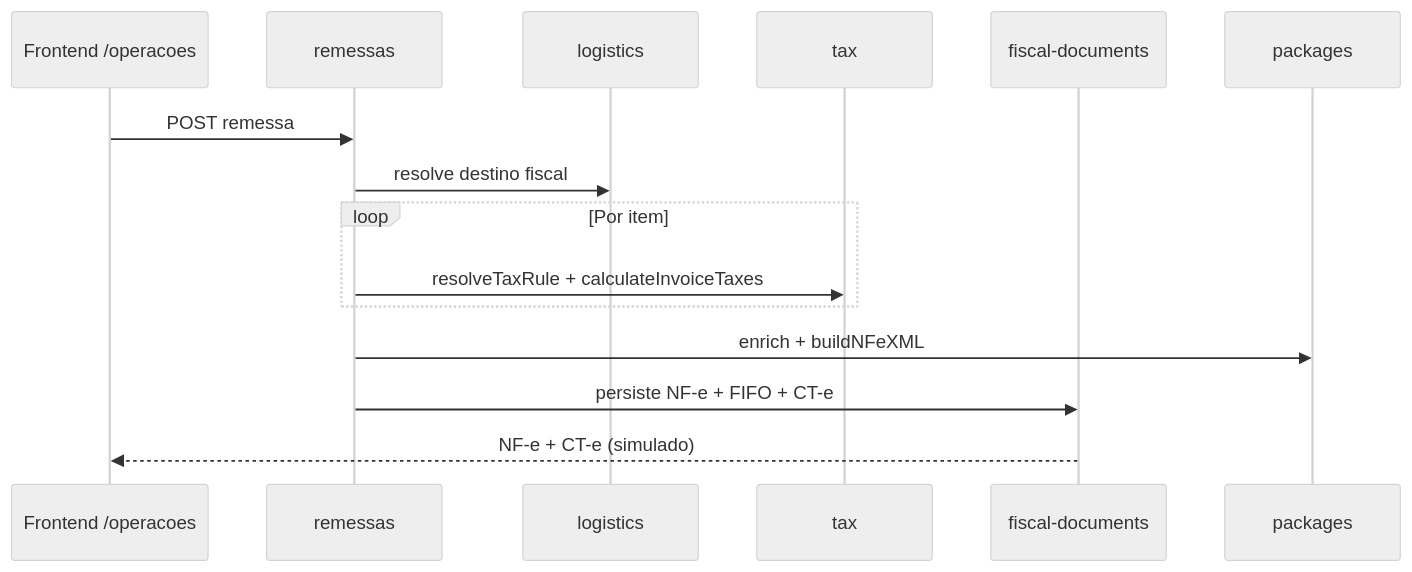
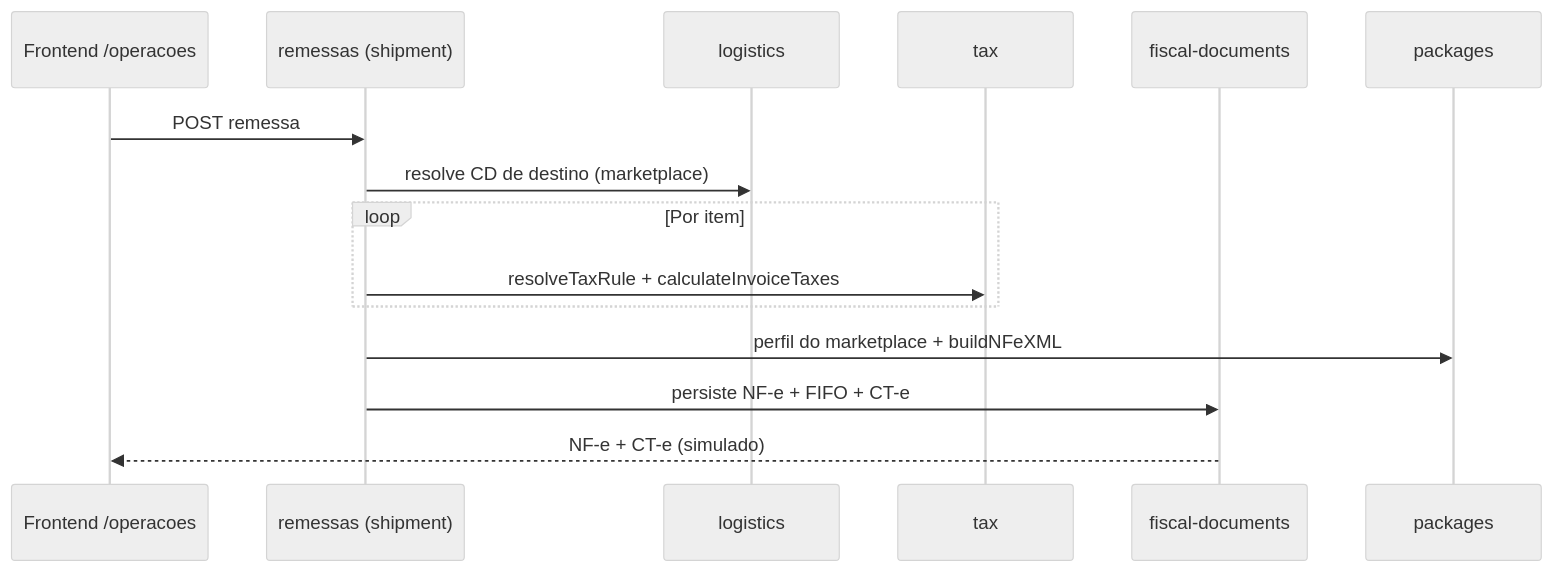
One commit to Matheus-santos7/MSimulation-XML changed the fifth of 10 diagrams in backend/README.md. Above: the diagram before and after it, drawn with Mermaid (neutral theme). The commit also changed other lines of this file and 1 other file, not shown here.

````diff
--- a/backend/README.md
+++ b/backend/README.md
@@ -447,17 +369,17 @@
 ```mermaid
 sequenceDiagram
   participant UI as Frontend /operacoes
-  participant R as remessas
+  participant R as remessas (shipment)
   participant L as logistics
   participant T as tax
   participant F as fiscal-documents
   participant P as packages
   UI->>R: POST remessa
-  R->>L: resolve destino fiscal
+  R->>L: resolve CD de destino (marketplace)
   loop Por item
     R->>T: resolveTaxRule + calculateInvoiceTaxes
   end
-  R->>P: enrich + buildNFeXML
+  R->>P: perfil do marketplace + buildNFeXML
   R->>F: persiste NF-e + FIFO + CT-e
   F-->>UI: NF-e + CT-e (simulado)
 ```
````
